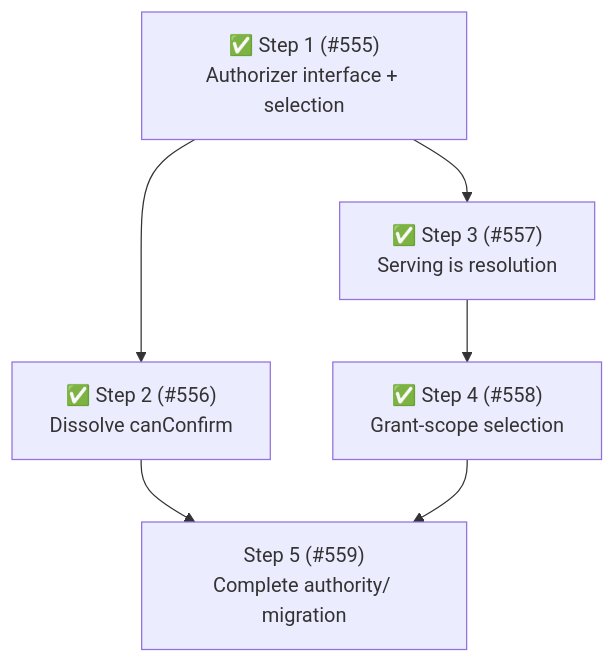
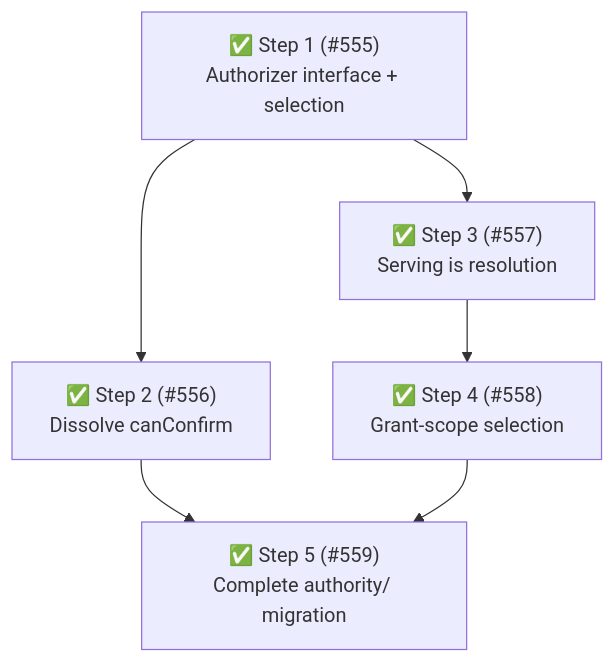
Before and after one commit to whaoa/forked-gotgenes-pi-packages: the fourth of 4 diagrams in packages/pi-permission-system/docs/architecture/architecture.md, drawn with Mermaid. The commit also changed other lines of this file and 40 other files, not shown here.

````diff
--- a/packages/pi-permission-system/docs/architecture/architecture.md
+++ b/packages/pi-permission-system/docs/architecture/architecture.md
@@ -925,14 +926,14 @@
 ```mermaid
 flowchart TD
     S1["✅ Step 1 (#555)<br/>Authorizer interface + selection"]
     S2["✅ Step 2 (#556)<br/>Dissolve canConfirm"]
     S3["✅ Step 3 (#557)<br/>Serving is resolution"]
     S4["✅ Step 4 (#558)<br/>Grant-scope selection"]
-    S5["Step 5 (#559)<br/>Complete authority/ migration"]
+    S5["✅ Step 5 (#559)<br/>Complete authority/ migration"]
 
     S1 --> S2
     S1 --> S3
     S3 --> S4
     S2 --> S5
     S4 --> S5
 ```
````
